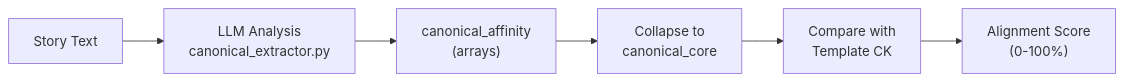
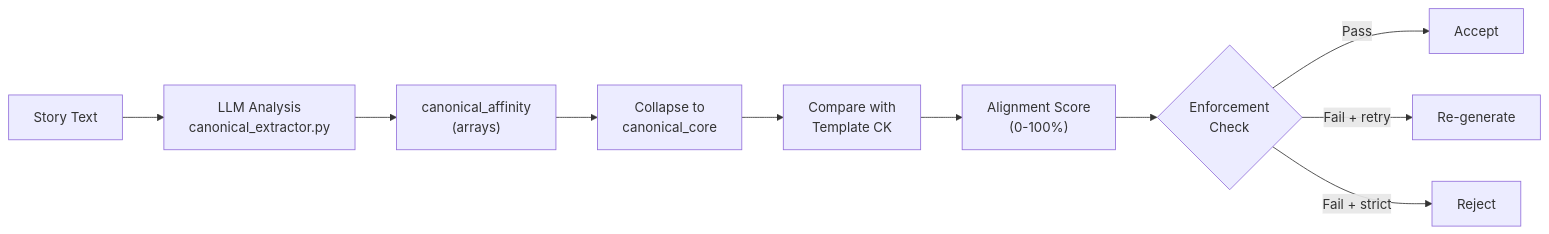
Before and after one commit to VinylStage/horror-story-generator: the fifth of 12 diagrams in docs/core/ARCHITECTURE.md, drawn with Mermaid. The commit also changed other lines of this file and 6 other files, not shown here.

````diff
--- a/docs/core/ARCHITECTURE.md
+++ b/docs/core/ARCHITECTURE.md
@@ -178,8 +178,12 @@
 ```mermaid
 flowchart LR
     A["Story Text"] --> B["LLM Analysis<br/>canonical_extractor.py"]
     B --> C["canonical_affinity<br/>(arrays)"]
     C --> D["Collapse to<br/>canonical_core"]
     D --> E["Compare with<br/>Template CK"]
     E --> F["Alignment Score<br/>(0-100%)"]
+    F --> G{"Enforcement<br/>Check"}
+    G -->|Pass| H["Accept"]
+    G -->|Fail + retry| I["Re-generate"]
+    G -->|Fail + strict| J["Reject"]
 ```
````
